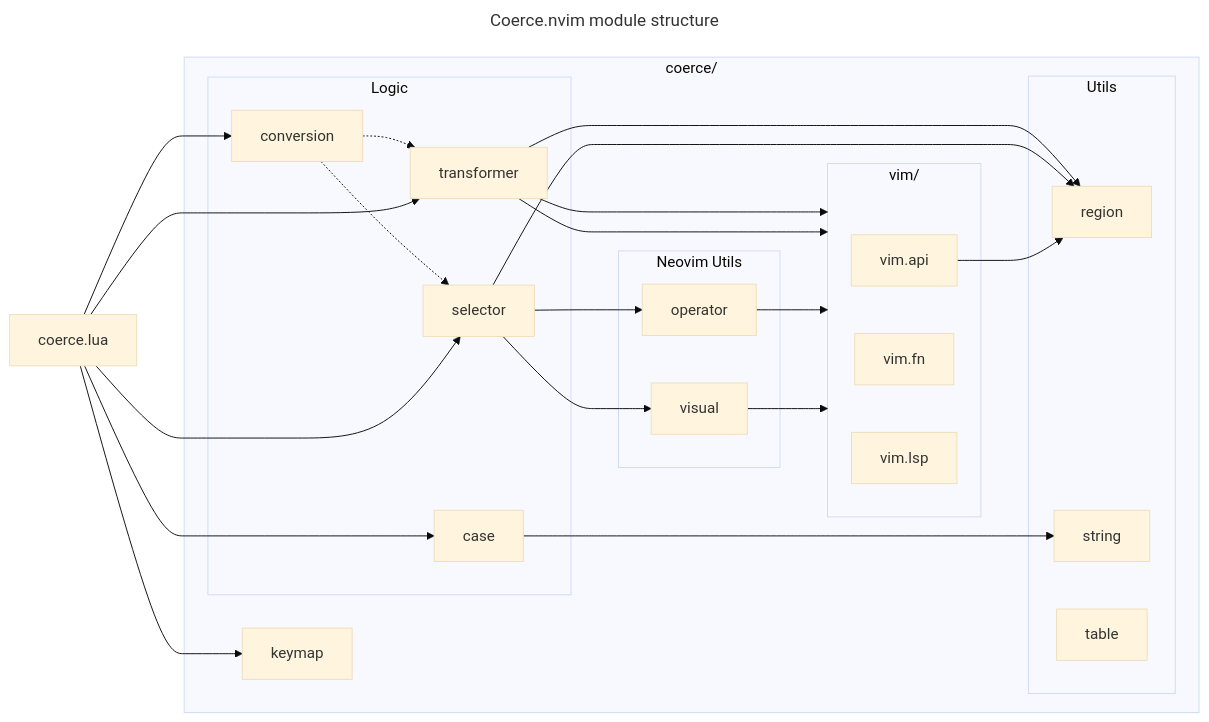
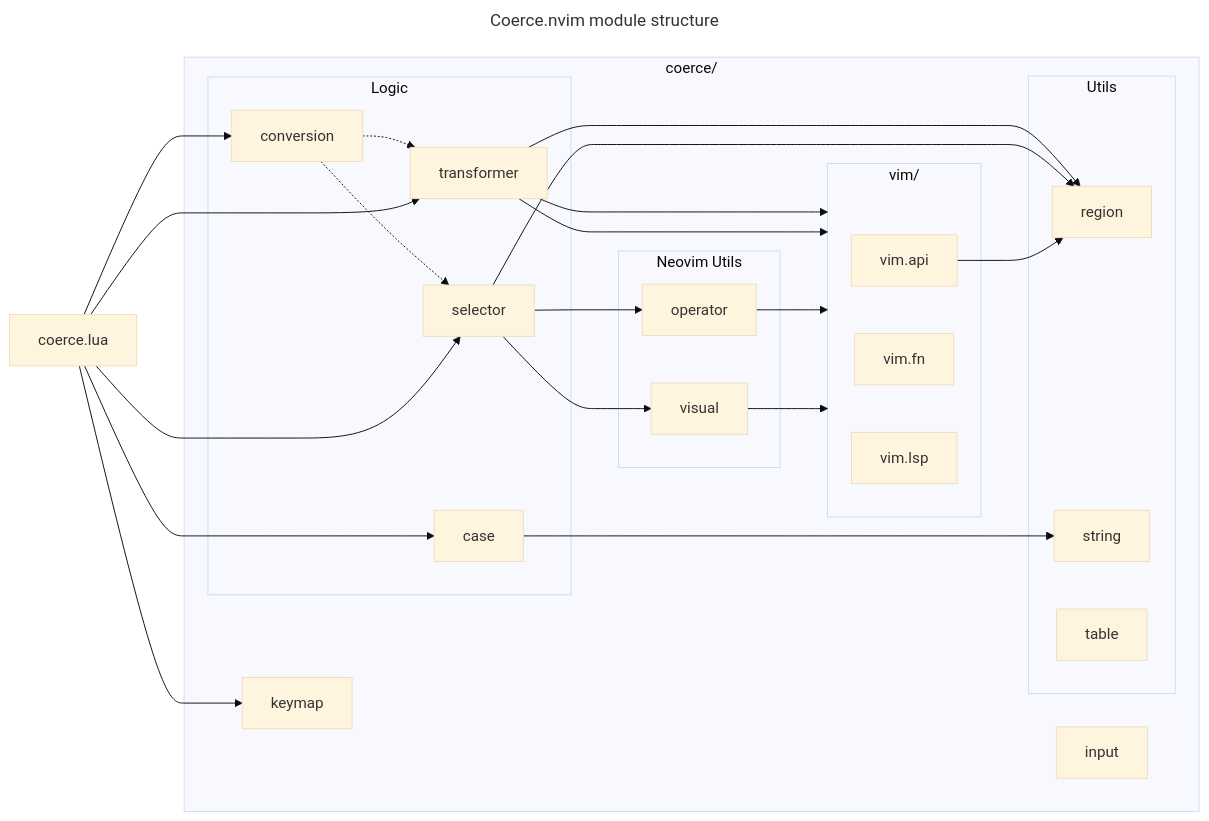
The second of 2 diagrams in DEV.md (gregorias/coerce.nvim), drawn with Mermaid (base theme) before and after one commit. The commit also changed other lines of this file and 9 other files, not shown here.

````diff
--- a/DEV.md
+++ b/DEV.md
@@ -89,55 +95,56 @@
 ```mermaid
 ---
 title: Coerce.nvim module structure
 ---
 graph LR
   coerce[coerce.lua]
 
   subgraph "coerce/"
+    input
     keymap[keymap]
 
     subgraph "Logic"
       case
       transformer
       conversion -.-> selector
       conversion -.-> transformer
     end
 
     subgraph "Utils"
       region
       string
       table
     end
 
     subgraph "Neovim Utils"
       operator
       visual
     end
 
     subgraph "vim" [vim/]
       vim-api[vim.api]
       vim-fn[vim.fn]
       vim-lsp[vim.lsp]
     end
 
     case --> string
     transformer --> region
     selector --> region
 
     selector --> operator
     selector --> visual
 
     transformer --> vim
     transformer --> vim
     operator --> vim
     visual --> vim
   end
 
   coerce --> case
   coerce --> selector
   coerce --> transformer
   coerce --> keymap
   coerce --> conversion
 
   vim-api --> region
 ```
````
